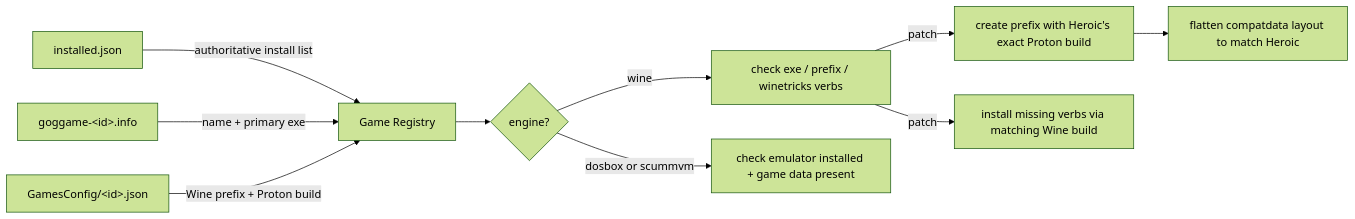
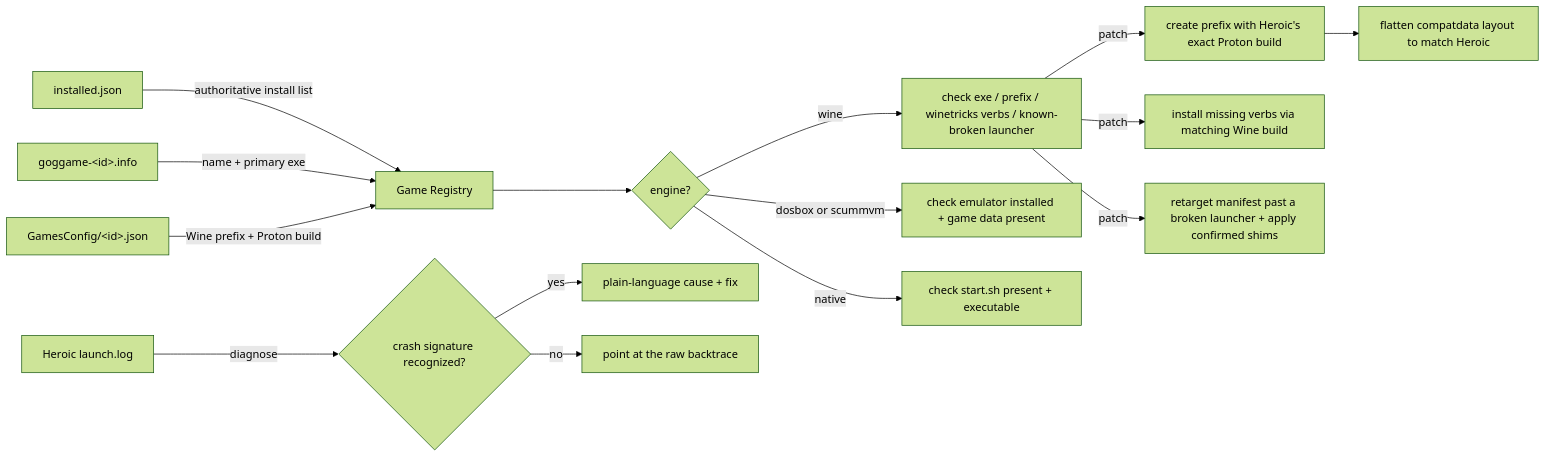
One commit to doochman/gog-setup-wizard changed the diagram in README.md. Above: the diagram before and after it, drawn with Mermaid (forest theme). The commit also changed other lines of this file and 1 other file, not shown here.

````diff
--- a/README.md
+++ b/README.md
@@ -98,12 +120,17 @@
 ```mermaid
 flowchart LR
     A[installed.json] -->|authoritative install list| D[Game Registry]
     B["goggame-&lt;id&gt;.info"] -->|name + primary exe| D
     C["GamesConfig/&lt;id&gt;.json"] -->|Wine prefix + Proton build| D
     D --> E{engine?}
-    E -->|wine| F[check exe / prefix / winetricks verbs]
+    E -->|wine| F[check exe / prefix / winetricks verbs / known-broken launcher]
     E -->|dosbox or scummvm| G[check emulator installed + game data present]
+    E -->|native| N[check start.sh present + executable]
     F -->|patch| H[create prefix with Heroic's exact Proton build]
     H --> I[flatten compatdata layout to match Heroic]
     F -->|patch| J[install missing verbs via matching Wine build]
+    F -->|patch| K[retarget manifest past a broken launcher + apply confirmed shims]
+    L[Heroic launch.log] -->|diagnose| M{crash signature recognized?}
+    M -->|yes| P[plain-language cause + fix]
+    M -->|no| Q[point at the raw backtrace]
 ```
````
